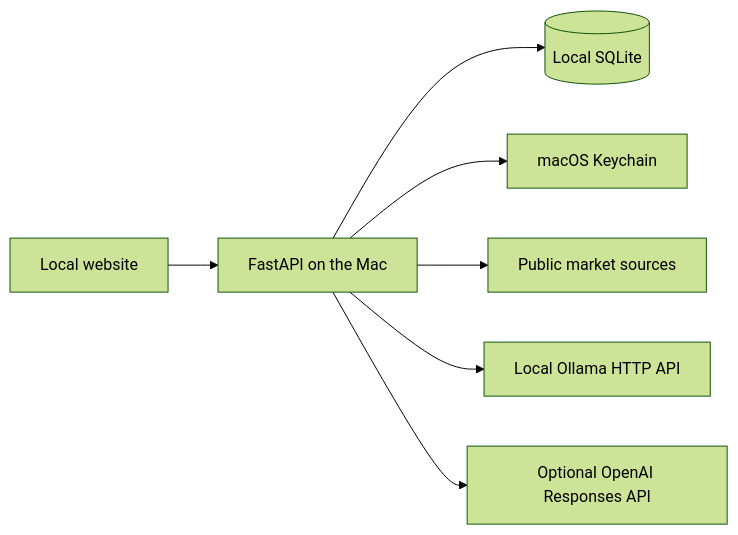
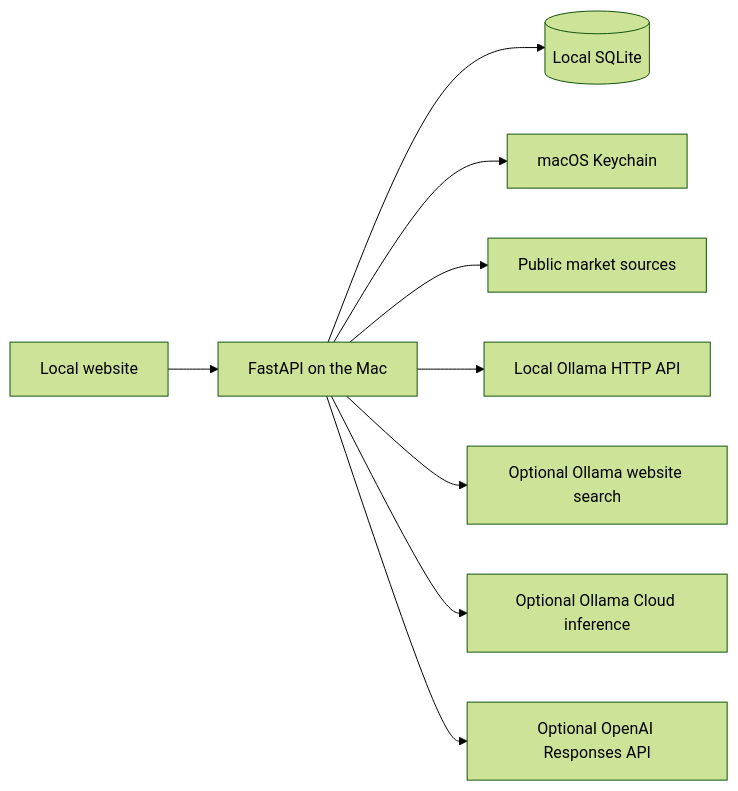
The diagram in docs/ARCHITECTURE.md (FunctionalTools/stockreplay), drawn with Mermaid (forest theme) before and after one commit. The commit also changed other lines of this file and 67 other files, not shown here.

````diff
--- a/docs/ARCHITECTURE.md
+++ b/docs/ARCHITECTURE.md
@@ -5,9 +5,11 @@
 ```mermaid
 flowchart LR
     UI[Local website] --> API[FastAPI on the Mac]
     API --> DB[(Local SQLite)]
     API --> KC[macOS Keychain]
     API --> P[Public market sources]
     API --> L[Local Ollama HTTP API]
+    API --> W[Optional Ollama website search]
+    API --> C[Optional Ollama Cloud inference]
     API --> O[Optional OpenAI Responses API]
 ```
````
